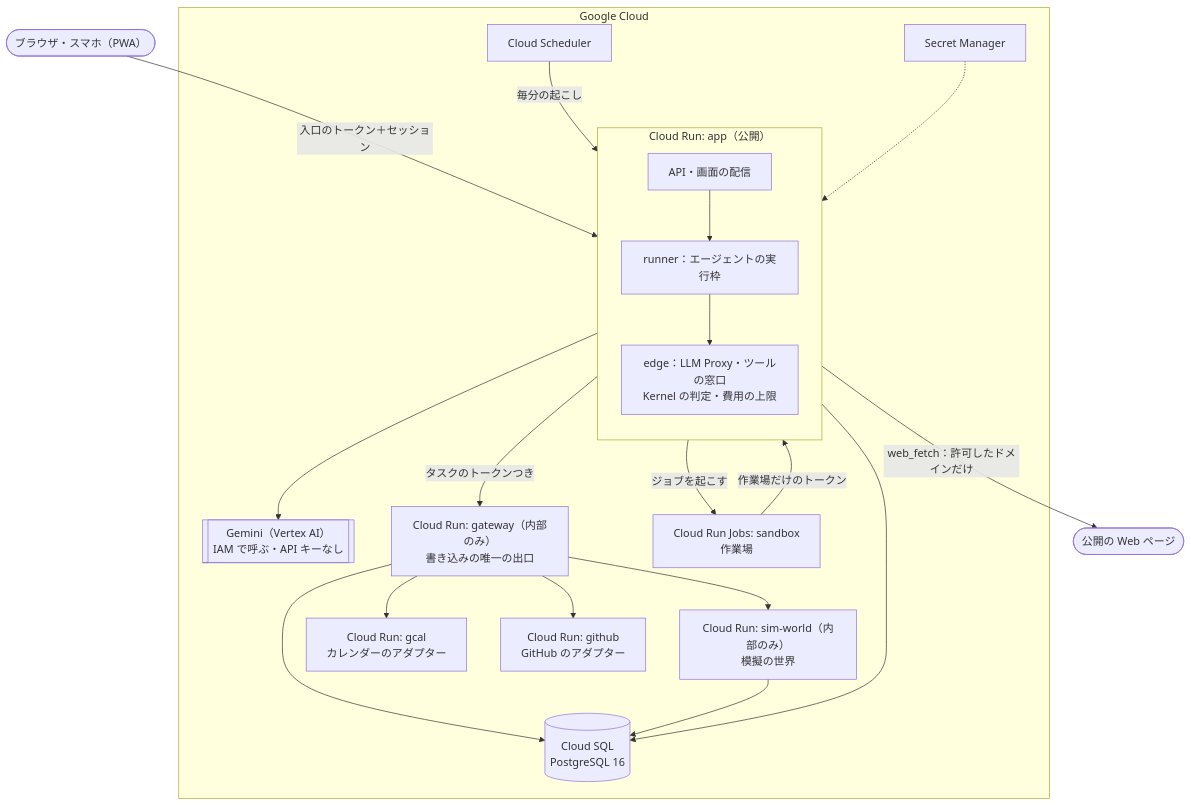
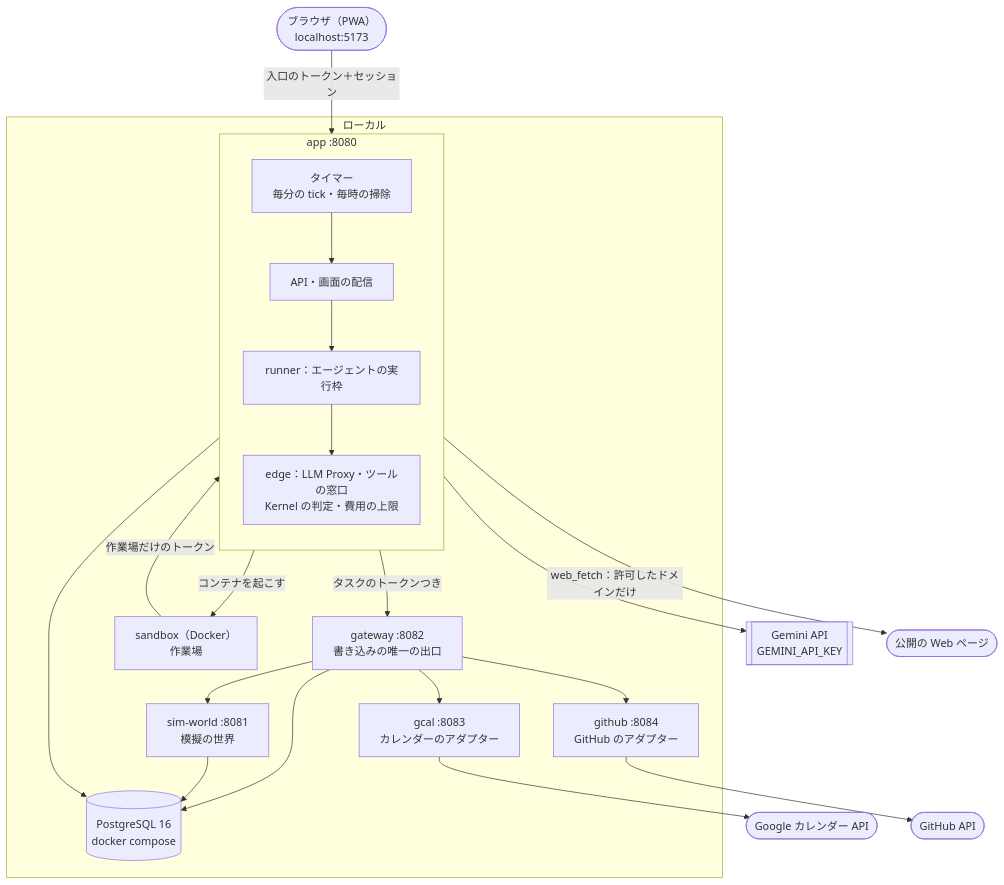
One commit to itiwoja/agent-team changed the diagram in docs/architecture.md. Above: the diagram before and after it, drawn with Mermaid. The commit also changed other lines of this file and 140 other files, not shown here.

First line of the commit message:
Google Cloud への依存を外し、ローカルだけで動くようにする

````diff
--- a/docs/architecture.md
+++ b/docs/architecture.md
@@ -5,26 +5,27 @@
 ```mermaid
 flowchart TB
-  U(["ブラウザ・スマホ（PWA）"]) -->|"入口のトークン＋セッション"| API
+  U(["ブラウザ（PWA）<br/>localhost:5173"]) -->|"入口のトークン＋セッション"| API
 
-  subgraph GCP["Google Cloud"]
-    subgraph APP["Cloud Run: app（公開）"]
+  subgraph LOCAL["ローカル"]
+    subgraph APP["app :8080"]
       direction TB
       API["API・画面の配信"] --> RUN["runner：エージェントの実行枠"]
       RUN --> EDGE["edge：LLM Proxy・ツールの窓口<br/>Kernel の判定・費用の上限"]
+      TIMER["タイマー<br/>毎分の tick・毎時の掃除"] --> API
     end
-    EDGE --> VX[["Gemini（Vertex AI）<br/>IAM で呼ぶ・API キーなし"]]
-    EDGE -->|"タスクのトークンつき"| GW["Cloud Run: gateway（内部のみ）<br/>書き込みの唯一の出口"]
-    GW --> SIM["Cloud Run: sim-world（内部のみ）<br/>模擬の世界"]
-    GW --> GCAL["Cloud Run: gcal<br/>カレンダーのアダプター"]
-    GW --> GH["Cloud Run: github<br/>GitHub のアダプター"]
-    API -->|"ジョブを起こす"| SBX["Cloud Run Jobs: sandbox<br/>作業場"]
+    EDGE -->|"タスクのトークンつき"| GW["gateway :8082<br/>書き込みの唯一の出口"]
+    GW --> SIM["sim-world :8081<br/>模擬の世界"]
+    GW --> GCAL["gcal :8083<br/>カレンダーのアダプター"]
+    GW --> GH["github :8084<br/>GitHub のアダプター"]
+    API -->|"コンテナを起こす"| SBX["sandbox（Docker）<br/>作業場"]
     SBX -->|"作業場だけのトークン"| EDGE
-    API --> SQL[("Cloud SQL<br/>PostgreSQL 16")]
+    API --> SQL[("PostgreSQL 16<br/>docker compose")]
     GW --> SQL
     SIM --> SQL
-    SCH["Cloud Scheduler"] -->|"毎分の起こし"| API
-    SM["Secret Manager"] -.-> APP
   end
 
+  EDGE --> GEM[["Gemini API<br/>GEMINI_API_KEY"]]
   EDGE -->|"web_fetch：許可したドメインだけ"| WEB(["公開の Web ページ"])
+  GCAL --> GAPI(["Google カレンダー API"])
+  GH --> GHAPI(["GitHub API"])
 ```
````
